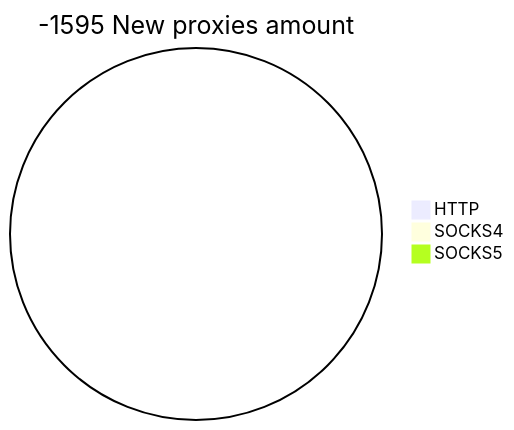
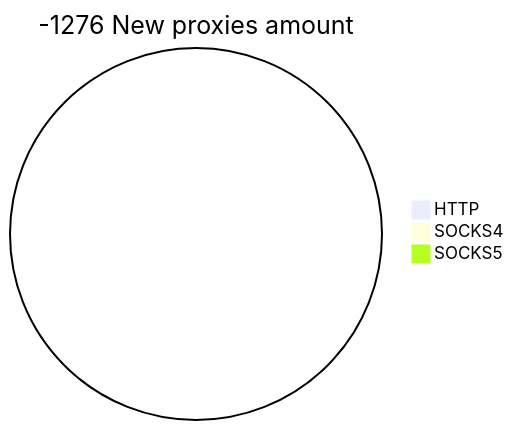
The second of 2 diagrams in README.md (cutipu/proxylist), drawn with Mermaid before and after one commit. The commit also changed other lines of this file, not shown here.

````diff
--- a/README.md
+++ b/README.md
@@ -10,6 +10,6 @@
 ```mermaid
-pie title -1595 New proxies amount
+pie title -1276 New proxies amount
     "HTTP" : 0
     "SOCKS4" : 0
     "SOCKS5" : 0
 ```
````
